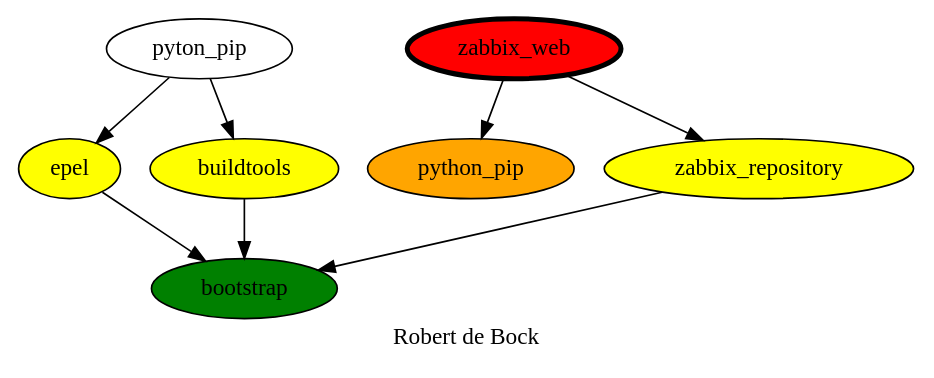
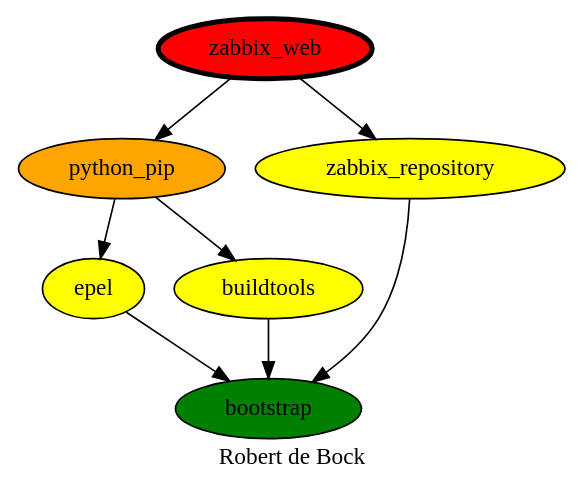
One commit to robertdebock/drawings changed the diagram in zabbix_web.dot. Above: the diagram before and after it, drawn with Graphviz.

Commit message:
loose dependency.

```diff
--- a/zabbix_web.dot
+++ b/zabbix_web.dot
@@ -1,15 +1,15 @@
 digraph PhiloDilemma {
   label = "Robert de Bock" ;
   overlap=false
   {
     bootstrap [fillcolor=green style=filled]
     epel [fillcolor=yellow style=filled]
     buildtools [fillcolor=yellow style=filled]
     python_pip [fillcolor=orange style=filled]
     zabbix_repository [fillcolor=yellow style=filled]
     zabbix_web [fillcolor=red style=filled penwidth=3]
   }
   {buildtools epel zabbix_repository} -> bootstrap
   zabbix_web -> {zabbix_repository python_pip}
-  pyton_pip -> {buildtools epel}
+  python_pip -> {buildtools epel}
 }
```
